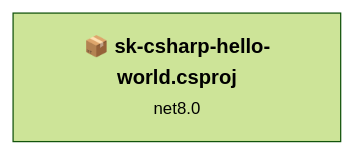
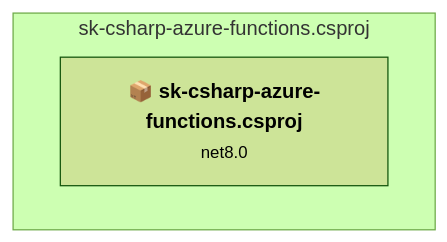
One commit to NatYou345/semantic-kernel-starters changed the third of 9 diagrams in .github/upgrades/scenarios/dotnet-version-upgrade/assessment.md. Above: the diagram before and after it, drawn with Mermaid (forest theme). The commit also changed other lines of this file and 32 other files, not shown here.

````diff
--- a/.github/upgrades/scenarios/dotnet-version-upgrade/assessment.md
+++ b/.github/upgrades/scenarios/dotnet-version-upgrade/assessment.md
@@ -91,6 +216,8 @@
 ```mermaid
-flowchart LR
-    P1["<b>📦&nbsp;sk-csharp-hello-world.csproj</b><br/><small>net8.0</small>"]
-    click P1 "#sk-csharp-hello-worldcsproj"
+flowchart TB
+    subgraph current["sk-csharp-azure-functions.csproj"]
+        MAIN["<b>📦&nbsp;sk-csharp-azure-functions.csproj</b><br/><small>net8.0</small>"]
+        click MAIN "#sk-csharp-azure-functionssk-csharp-azure-functionscsproj"
+    end
 
 ```
````
